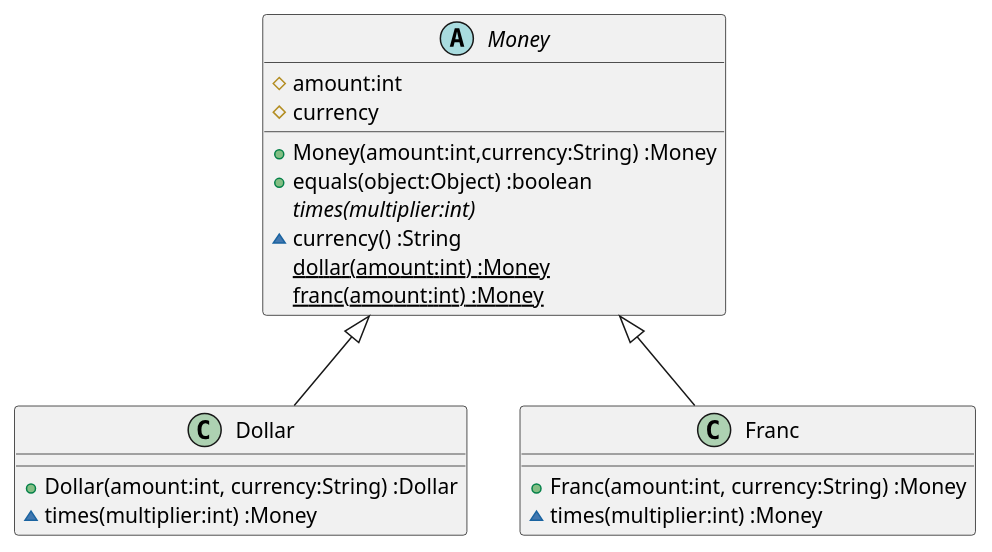
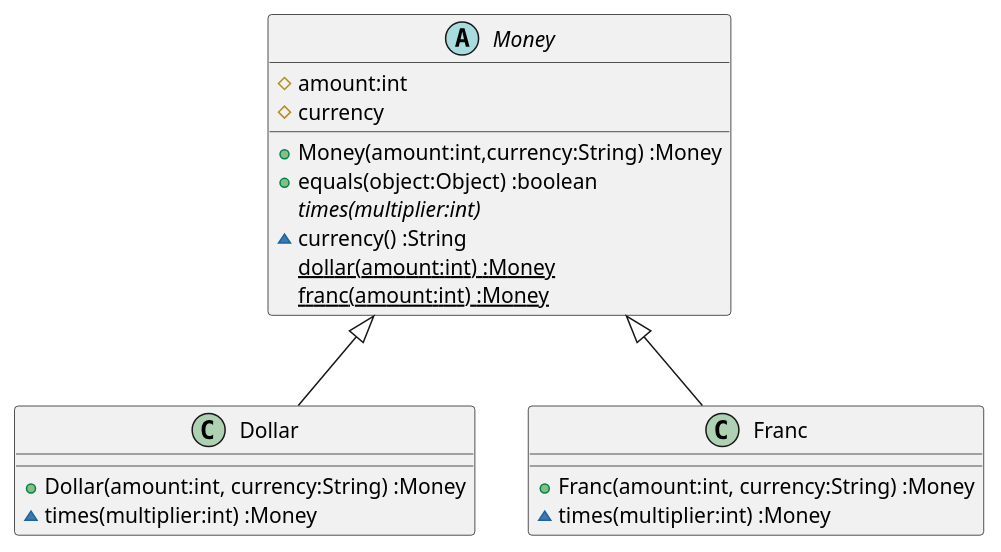
The diagram in docs/src/TDD.md (k2works/etude_for_java), drawn with PlantUML before and after one commit. The commit also changed 3 other files, not shown here.

````diff
--- a/docs/src/TDD.md
+++ b/docs/src/TDD.md
@@ -62,22 +62,22 @@
 ```puml
 class Dollar {
-  +Dollar(amount:int, currency:String) :Dollar
+  +Dollar(amount:int, currency:String) :Money
   ~times(multiplier:int) :Money
 }
 class Franc {
   +Franc(amount:int, currency:String) :Money
   ~times(multiplier:int) :Money
 }
 abstract Money {
   #amount:int
   #currency  
   +Money(amount:int,currency:String) :Money
   +equals(object:Object) :boolean  
   {abstract} times(multiplier:int)
   ~currency() :String
   {static} dollar(amount:int) :Money
   {static} franc(amount:int) :Money  
 }
 Money <|-- Dollar
 Money <|-- Franc
 ```
````
